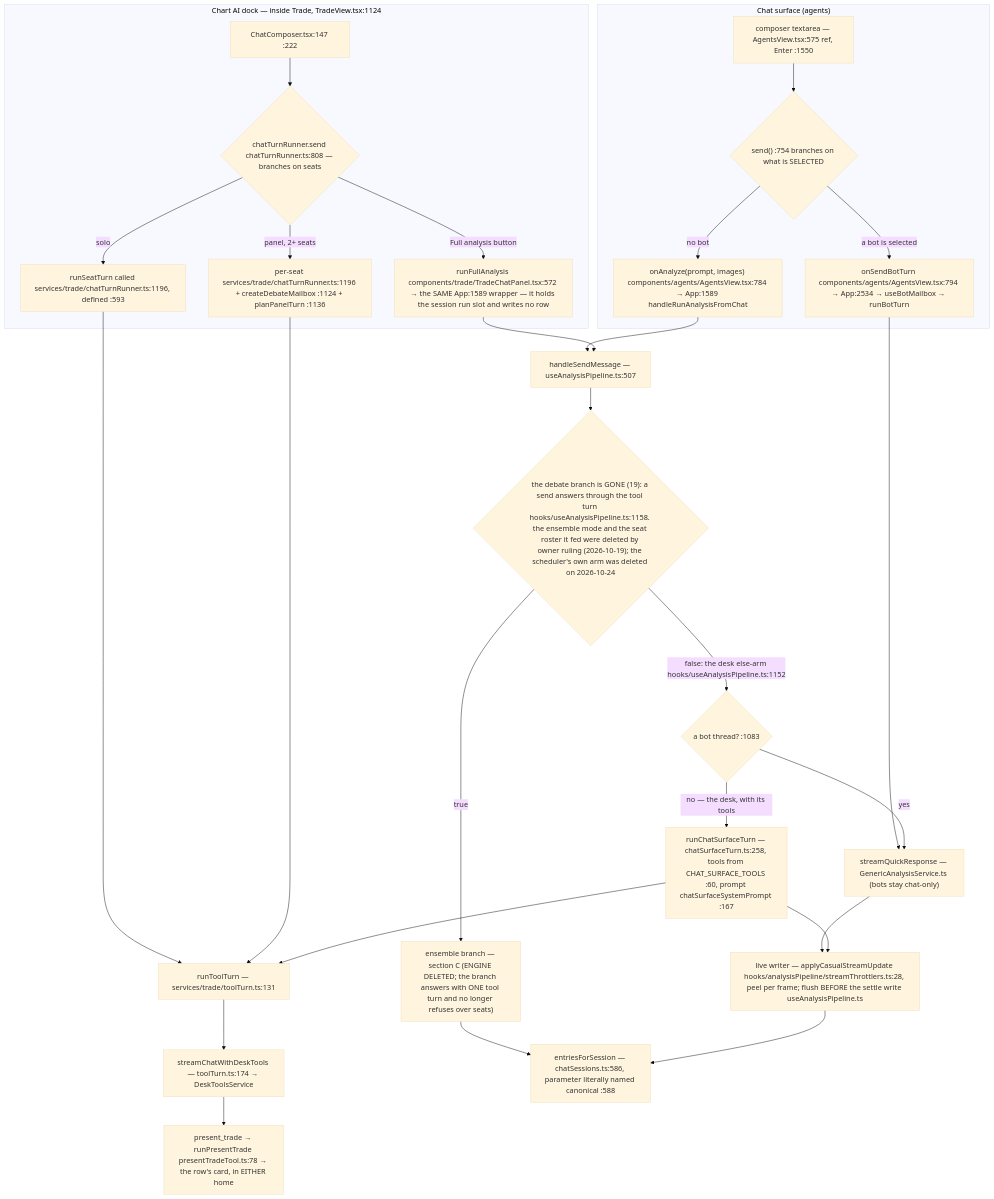
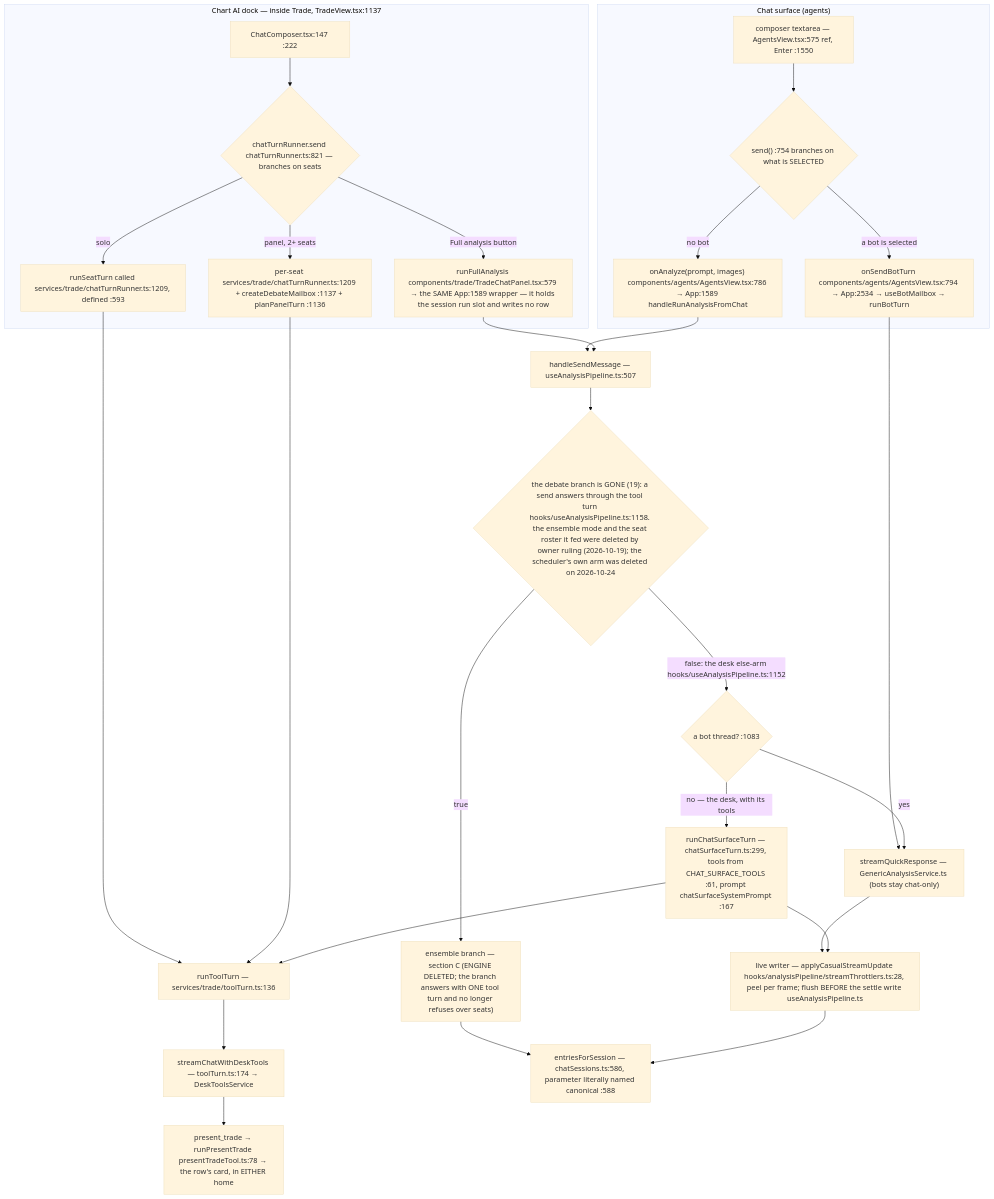
Before and after one commit to Acepay25/august-3.5: the second of 8 diagrams in docs/app-flow.md, drawn with Mermaid (base theme). The commit also changed other lines of this file and 2 other files, not shown here.

Commit message:
docs(flow): post-merge anchor restatement — 369 anchors, every citation re-located by grep

````diff
--- a/docs/app-flow.md
+++ b/docs/app-flow.md
@@ -78,31 +78,31 @@
 ```mermaid
 flowchart TD
     subgraph CHAT["Chat surface (agents)"]
         CB["composer textarea — AgentsView.tsx:575 ref, Enter :1550"] --> D1{"send() :754 branches on what is SELECTED"}
         D1 -->|a bot is selected| BOT["onSendBotTurn components/agents/AgentsView.tsx:794 → App:2534 → useBotMailbox → runBotTurn"]
-        D1 -->|no bot| AN["onAnalyze(prompt, images) components/agents/AgentsView.tsx:784 → App:1589 handleRunAnalysisFromChat"]
+        D1 -->|no bot| AN["onAnalyze(prompt, images) components/agents/AgentsView.tsx:786 → App:1589 handleRunAnalysisFromChat"]
     end
-    subgraph DOCK["Chart AI dock — inside Trade, TradeView.tsx:1124"]
-        DC["ChatComposer.tsx:147 :222"] --> D2{"chatTurnRunner.send chatTurnRunner.ts:808 — branches on seats"}
-        D2 -->|solo| SO["runSeatTurn called services/trade/chatTurnRunner.ts:1196, defined :593"]
-        D2 -->|panel, 2+ seats| PN["per-seat services/trade/chatTurnRunner.ts:1196 + createDebateMailbox :1124 + planPanelTurn :1136"]
-        D2 -->|Full analysis button| FA["runFullAnalysis components/trade/TradeChatPanel.tsx:572 → the SAME App:1589 wrapper — it holds the session run slot and writes no row"]
+    subgraph DOCK["Chart AI dock — inside Trade, TradeView.tsx:1137"]
+        DC["ChatComposer.tsx:147 :222"] --> D2{"chatTurnRunner.send chatTurnRunner.ts:821 — branches on seats"}
+        D2 -->|solo| SO["runSeatTurn called services/trade/chatTurnRunner.ts:1209, defined :593"]
+        D2 -->|panel, 2+ seats| PN["per-seat services/trade/chatTurnRunner.ts:1209 + createDebateMailbox :1137 + planPanelTurn :1136"]
+        D2 -->|Full analysis button| FA["runFullAnalysis components/trade/TradeChatPanel.tsx:579 → the SAME App:1589 wrapper — it holds the session run slot and writes no row"]
     end
-    SO --> TT["runToolTurn — services/trade/toolTurn.ts:131"]
+    SO --> TT["runToolTurn — services/trade/toolTurn.ts:136"]
     PN --> TT
     TT --> SCDT["streamChatWithDeskTools — toolTurn.ts:174 → DeskToolsService"]
     BOT --> TR["streamQuickResponse — GenericAnalysisService.ts (bots stay chat-only)"]
     AN --> HSM["handleSendMessage — useAnalysisPipeline.ts:507"]
     FA --> HSM
     HSM --> D3{"the debate branch is GONE (19): a send answers through the tool turn hooks/useAnalysisPipeline.ts:1158. the ensemble mode and the seat roster it fed were deleted by owner ruling (2026-10-19); the scheduler's own arm was deleted on 2026-10-24"}
     D3 -->|true| ENS["ensemble branch — section C (ENGINE DELETED; the branch answers with ONE tool turn and no longer refuses over seats)"]
     D3 -->|false: the desk else-arm hooks/useAnalysisPipeline.ts:1152| SPLIT{"a bot thread? :1083"}
     SPLIT -->|yes| TR
-    SPLIT -->|no — the desk, with its tools| CST["runChatSurfaceTurn — chatSurfaceTurn.ts:258, tools from CHAT_SURFACE_TOOLS :60, prompt chatSurfaceSystemPrompt :167"]
+    SPLIT -->|no — the desk, with its tools| CST["runChatSurfaceTurn — chatSurfaceTurn.ts:299, tools from CHAT_SURFACE_TOOLS :61, prompt chatSurfaceSystemPrompt :167"]
     CST --> TT
     TR --> LW["live writer — applyCasualStreamUpdate hooks/analysisPipeline/streamThrottlers.ts:28, peel per frame; flush BEFORE the settle write useAnalysisPipeline.ts"]
     CST --> LW
     ENS --> MERGE
     LW --> MERGE["entriesForSession — chatSessions.ts:586, parameter literally named canonical :588"]
     SCDT --> PT["present_trade → runPresentTrade presentTradeTool.ts:78 → the row's card, in EITHER home"]
 ```
````
